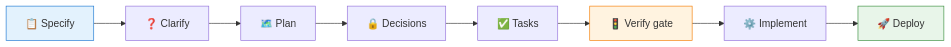
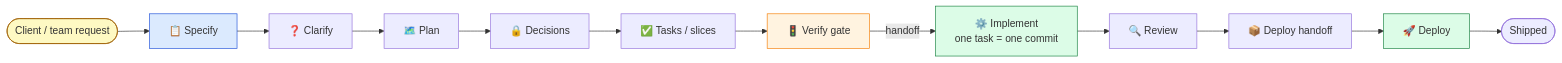
One commit to fusebase-dev/fusebase-flow changed the diagram in README.md. Above: the diagram before and after it, drawn with Mermaid. The commit also changed other lines of this file and 3 other files, not shown here.

First line of the commit message:
docs: rebrand to Fusebase Flow + client-facing positioning

````diff
--- a/README.md
+++ b/README.md
@@ -16,8 +24,13 @@
 ```mermaid
 flowchart LR
-    S[📋 Specify] --> C[❓ Clarify] --> P[🗺️ Plan] --> D[🔒 Decisions]
-    D --> T[✅ Tasks] --> V[🚦 Verify gate] --> I[⚙️ Implement] --> X[🚀 Deploy]
-    style S fill:#e3f2fd,stroke:#1976d2
-    style X fill:#e8f5e9,stroke:#388e3c
+    Client([Client / team request]) --> S[📋 Specify]
+    S --> C[❓ Clarify] --> P[🗺️ Plan] --> D[🔒 Decisions] --> T[✅ Tasks / slices]
+    T --> V[🚦 Verify gate]
+    V -->|handoff| I[⚙️ Implement<br/>one task = one commit]
+    I --> R[🔍 Review] --> H[📦 Deploy handoff] --> X[🚀 Deploy] --> Done([Shipped])
+    style Client fill:#fef9c3,stroke:#a16207
+    style S fill:#dbeafe,stroke:#1d4ed8
     style V fill:#fff3e0,stroke:#f57c00
+    style I fill:#dcfce7,stroke:#15803d
+    style X fill:#dcfce7,stroke:#15803d
 ```
````
